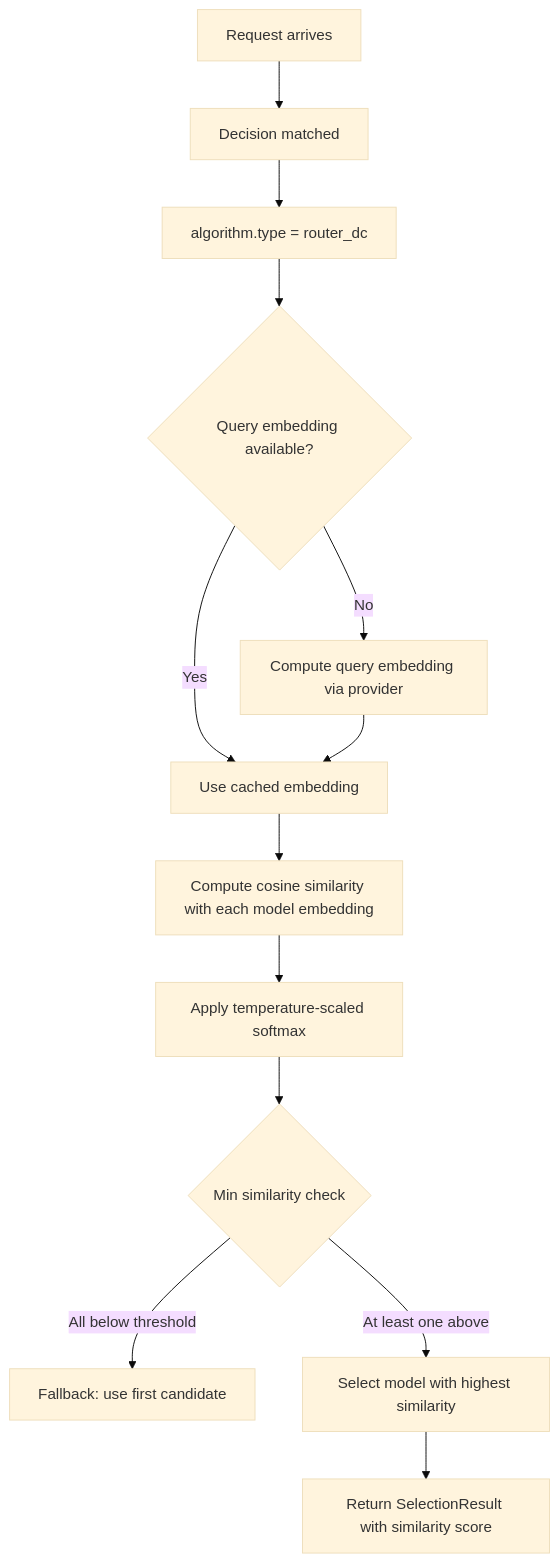
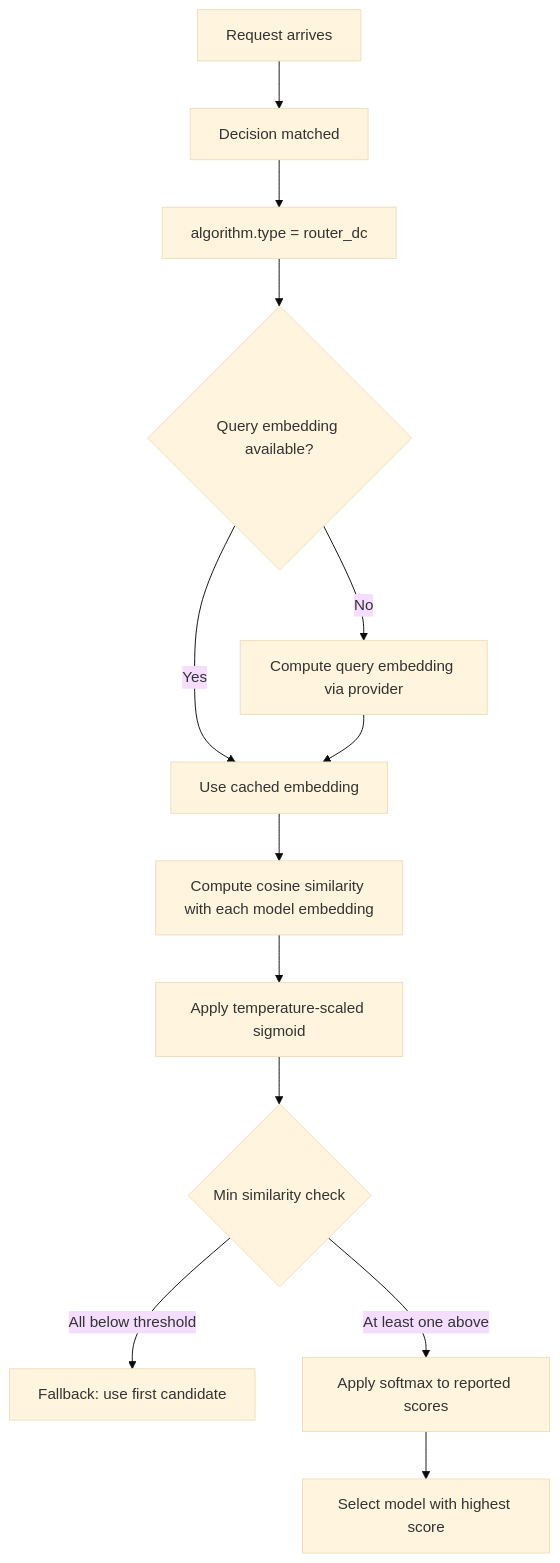
The diagram in website/docs/tutorials/algorithm/selection/router-dc.md (vllm-project/semantic-router), drawn with Mermaid (base theme) before and after one commit. The commit also changed other lines of this file and 1110 other files, not shown here.

````diff
--- a/website/docs/tutorials/algorithm/selection/router-dc.md
+++ b/website/docs/tutorials/algorithm/selection/router-dc.md
@@ -33,15 +40,15 @@
 ```mermaid
 flowchart TD
     A[Request arrives] --> B[Decision matched]
     B --> C[algorithm.type = router_dc]
     C --> D{Query embedding available?}
     D -- Yes --> E[Use cached embedding]
     D -- No --> F[Compute query embedding via provider]
     F --> E
     E --> G[Compute cosine similarity with each model embedding]
-    G --> H[Apply temperature-scaled softmax]
+    G --> H[Apply temperature-scaled sigmoid]
     H --> I{Min similarity check}
     I -- All below threshold --> J[Fallback: use first candidate]
-    I -- At least one above --> K[Select model with highest similarity]
-    K --> L[Return SelectionResult with similarity score]
+    I -- At least one above --> K[Apply softmax to reported scores]
+    K --> L[Select model with highest score]
 ```
````
